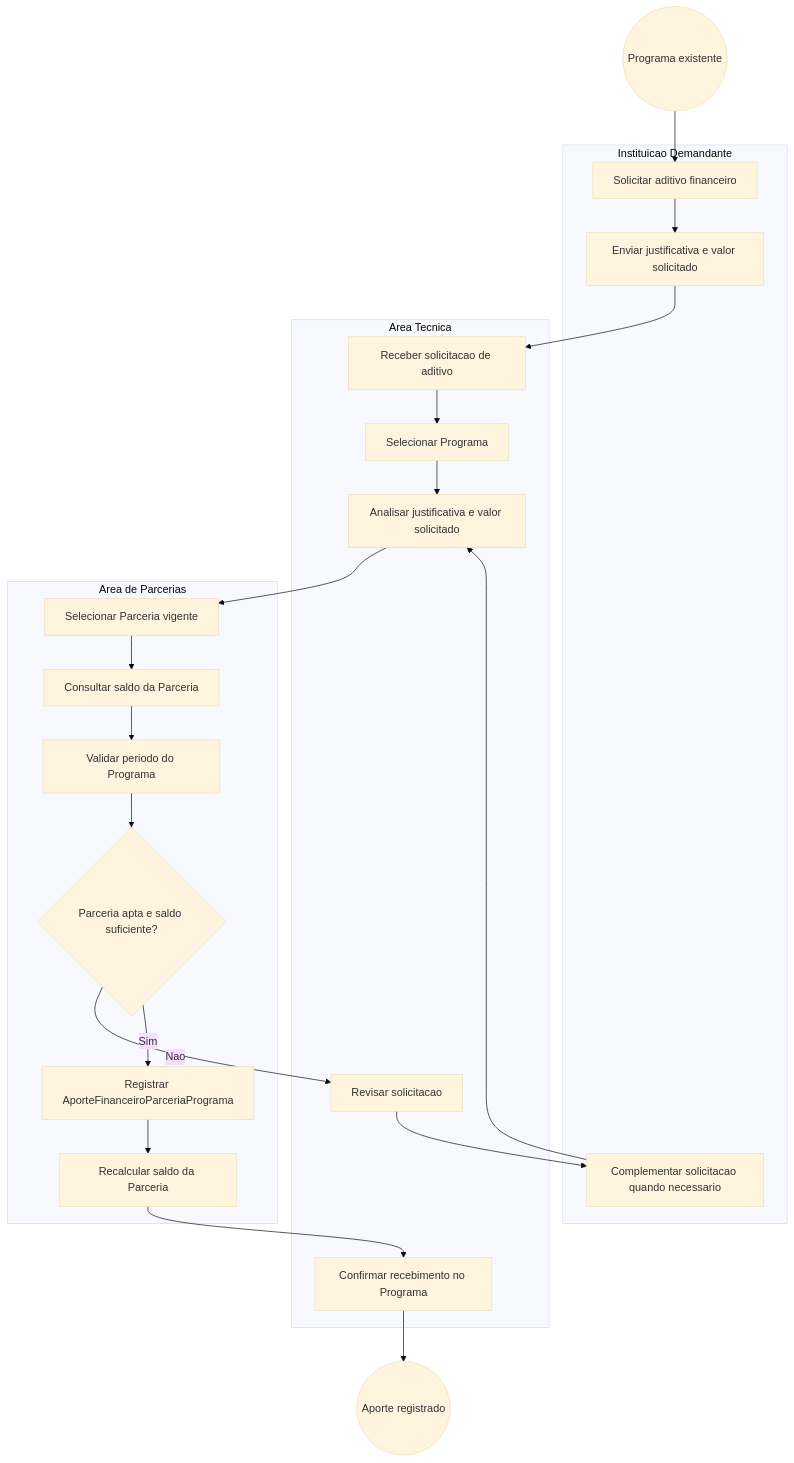
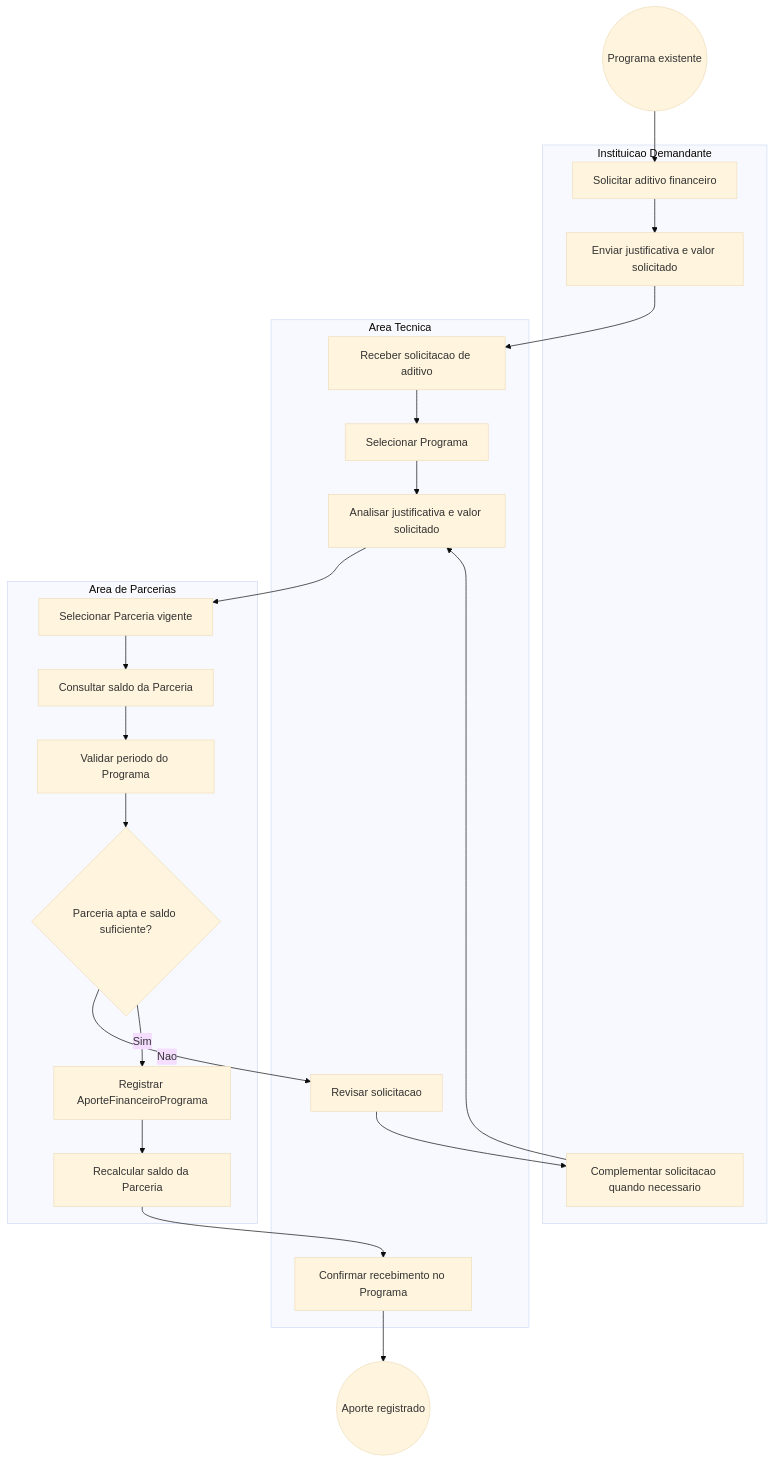
Before and after one commit to Czzped/conecta-fapes-teste: the third of 9 diagrams in docs/implementation/modules/M010-planejamento-estrategia/programas/processo.md, drawn with Mermaid (base theme). The commit also changed other lines of this file and 20 other files, not shown here.

````diff
--- a/docs/implementation/modules/M010-planejamento-estrategia/programas/processo.md
+++ b/docs/implementation/modules/M010-planejamento-estrategia/programas/processo.md
@@ -121,32 +121,32 @@
 ```mermaid
 flowchart TB
     inicio((Programa existente))
     fim((Aporte registrado))
 
     subgraph instituicao["Instituicao Demandante"]
         I1["Solicitar aditivo financeiro"]
         I2["Enviar justificativa e valor solicitado"]
         I3["Complementar solicitacao quando necessario"]
     end
 
     subgraph area["Area Tecnica"]
         A1["Receber solicitacao de aditivo"]
         A2["Selecionar Programa"]
         A3["Analisar justificativa e valor solicitado"]
         A4["Confirmar recebimento no Programa"]
         A5["Revisar solicitacao"]
     end
 
     subgraph parcerias["Area de Parcerias"]
         P1["Selecionar Parceria vigente"]
         P2["Consultar saldo da Parceria"]
         P3["Validar periodo do Programa"]
         G1{"Parceria apta e saldo suficiente?"}
-        P4["Registrar AporteFinanceiroParceriaPrograma"]
+        P4["Registrar AporteFinanceiroPrograma"]
         P5["Recalcular saldo da Parceria"]
     end
 
     inicio --> I1 --> I2 --> A1 --> A2 --> A3 --> P1 --> P2 --> P3 --> G1
     G1 -- "Nao" --> A5 --> I3 --> A3
     G1 -- "Sim" --> P4 --> P5 --> A4 --> fim
 ```
````
